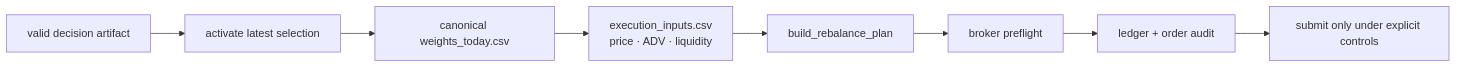
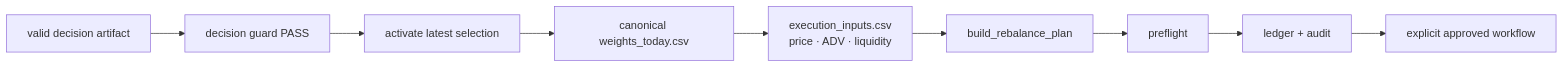
The fourth of 5 diagrams in docs/agentic_operating_model.md (Svyable/Svyable_Strategies), drawn with Mermaid before and after one commit. The commit also changed other lines of this file, not shown here.

Commit message:
docs(agent): include decision guard in operating contract

````diff
--- a/docs/agentic_operating_model.md
+++ b/docs/agentic_operating_model.md
@@ -115,10 +120,11 @@
 ```mermaid
 flowchart LR
-    DECISION["valid decision artifact"] --> ACT["activate latest selection"]
+    DECISION["valid decision artifact"] --> GUARD["decision guard PASS"]
+    GUARD --> ACT["activate latest selection"]
     ACT --> TARGET["canonical weights_today.csv"]
     TARGET --> INPUTS["execution_inputs.csv\nprice · ADV · liquidity"]
     INPUTS --> PLAN["build_rebalance_plan"]
-    PLAN --> PREFLIGHT["broker preflight"]
-    PREFLIGHT --> AUDIT["ledger + order audit"]
-    AUDIT --> SUBMIT["submit only under explicit controls"]
+    PLAN --> PREFLIGHT["preflight"]
+    PREFLIGHT --> AUDIT["ledger + audit"]
+    AUDIT --> SUBMIT["explicit approved workflow"]
 ```
````
